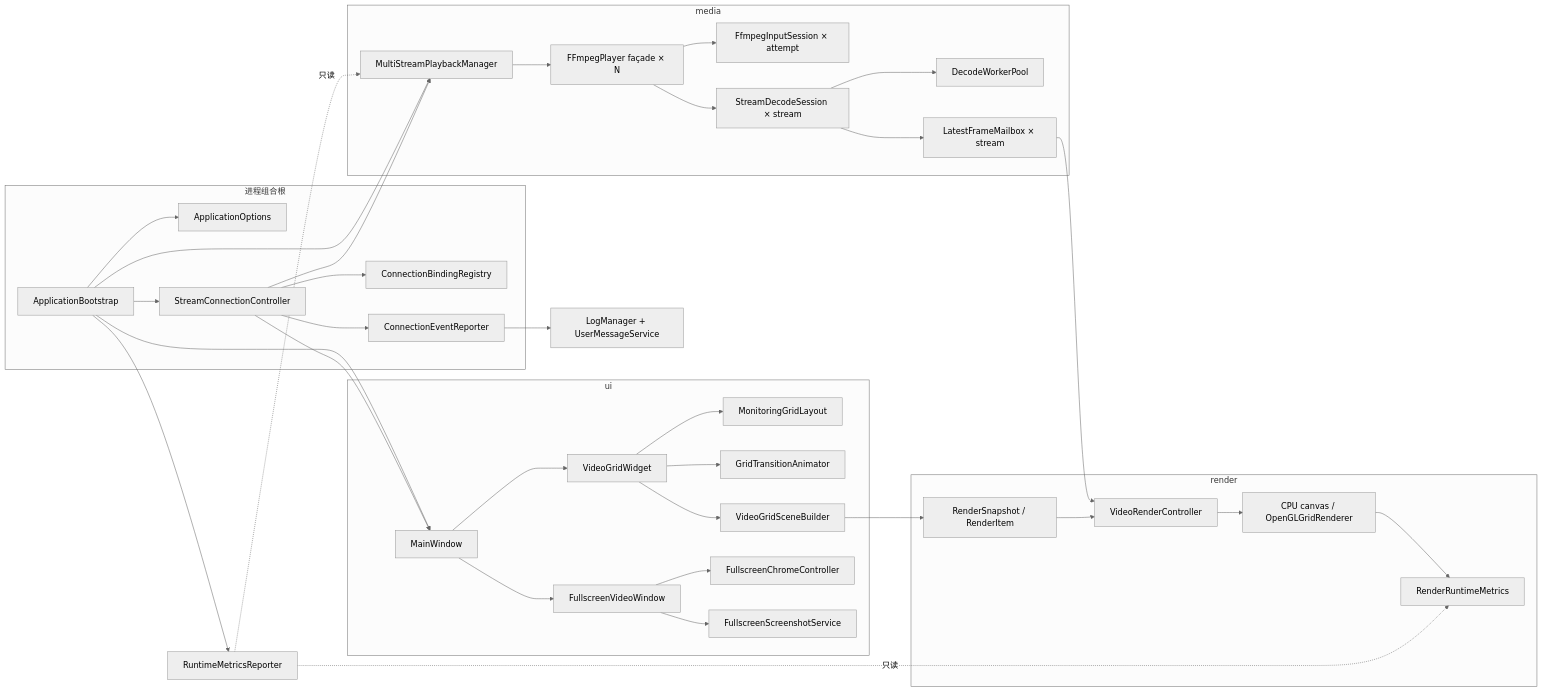
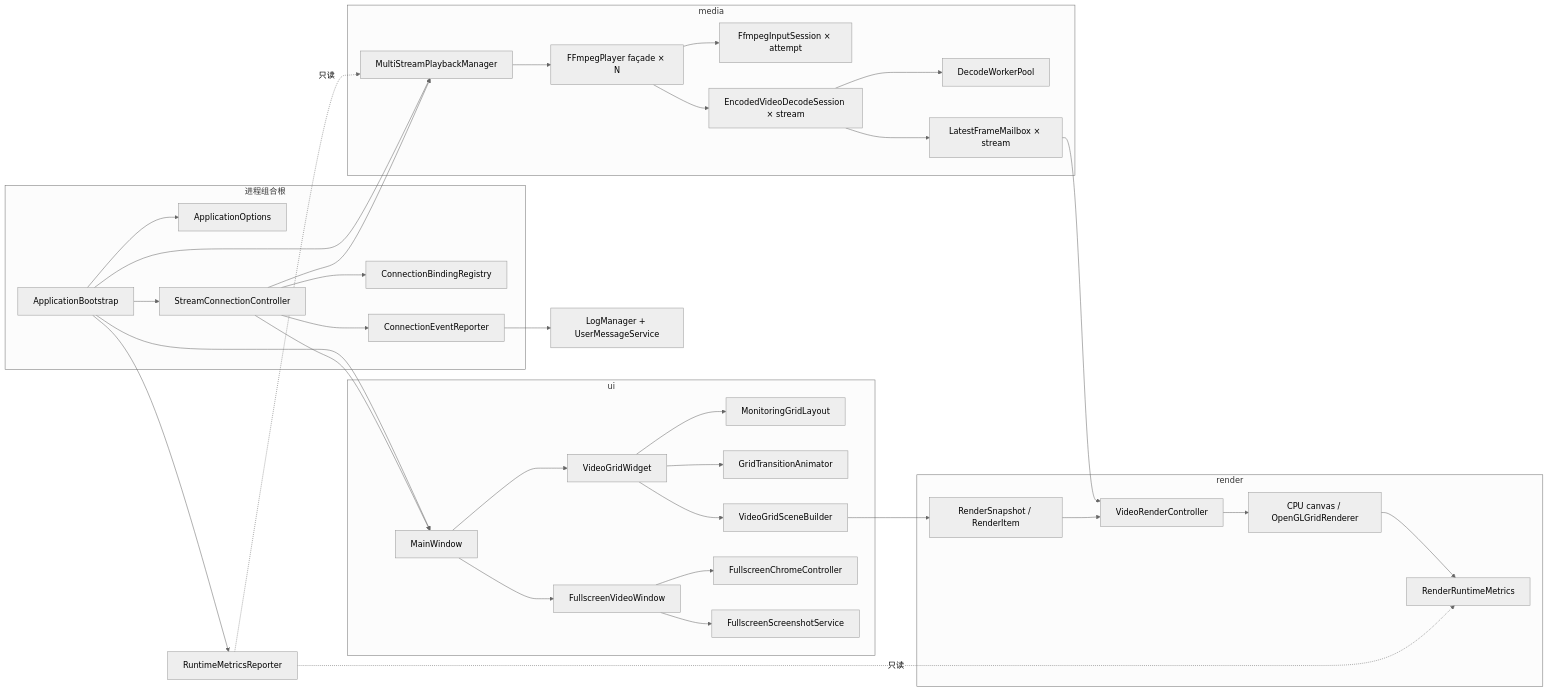
Before and after one commit to FKstack/rtmpProject: the eighth of 9 diagrams in docs/versions/rtmp-v1/architecture/progressive_decoupling_architecture.md, drawn with Mermaid (neutral theme). The commit also changed other lines of this file and 24 other files, not shown here.

````diff
--- a/docs/versions/rtmp-v1/architecture/progressive_decoupling_architecture.md
+++ b/docs/versions/rtmp-v1/architecture/progressive_decoupling_architecture.md
@@ -647,70 +648,70 @@
 ```mermaid
 flowchart LR
     subgraph Composition["进程组合根"]
         Options["ApplicationOptions"]
         Bootstrap["ApplicationBootstrap"]
         Controller["StreamConnectionController"]
         Registry["ConnectionBindingRegistry"]
         Events["ConnectionEventReporter"]
     end
 
     subgraph Media["media"]
         Manager["MultiStreamPlaybackManager"]
         Player["FFmpegPlayer façade × N"]
         Input["FfmpegInputSession × attempt"]
-        Decode["StreamDecodeSession × stream"]
+        Decode["EncodedVideoDecodeSession × stream"]
         Pool["DecodeWorkerPool"]
         Mailbox["LatestFrameMailbox × stream"]
     end
 
     subgraph Render["render"]
         Snapshot["RenderSnapshot / RenderItem"]
         RenderController["VideoRenderController"]
         Renderer["CPU canvas / OpenGLGridRenderer"]
         Runtime["RenderRuntimeMetrics"]
     end
 
     subgraph UI["ui"]
         MainWindow["MainWindow"]
         Grid["VideoGridWidget"]
         Layout["MonitoringGridLayout"]
         Animator["GridTransitionAnimator"]
         Scene["VideoGridSceneBuilder"]
         Fullscreen["FullscreenVideoWindow"]
         Chrome["FullscreenChromeController"]
         Screenshot["FullscreenScreenshotService"]
     end
 
     Diagnostics["RuntimeMetricsReporter"]
     Outputs["LogManager + UserMessageService"]
 
     Bootstrap --> Options
     Bootstrap --> Manager
     Bootstrap --> MainWindow
     Bootstrap --> Controller
     Bootstrap --> Diagnostics
     Controller --> Registry
     Controller --> Events
     Controller --> Manager
     Controller --> MainWindow
     Events --> Outputs
     Manager --> Player
     Player --> Input
     Player --> Decode
     Decode --> Pool
     Decode --> Mailbox
     Grid --> Layout
     Grid --> Animator
     Grid --> Scene
     Scene --> Snapshot
     Mailbox --> RenderController
     Snapshot --> RenderController
     RenderController --> Renderer
     Renderer --> Runtime
     MainWindow --> Grid
     MainWindow --> Fullscreen
     Fullscreen --> Chrome
     Fullscreen --> Screenshot
     Diagnostics -.只读.-> Manager
     Diagnostics -.只读.-> Runtime
 ```
````
